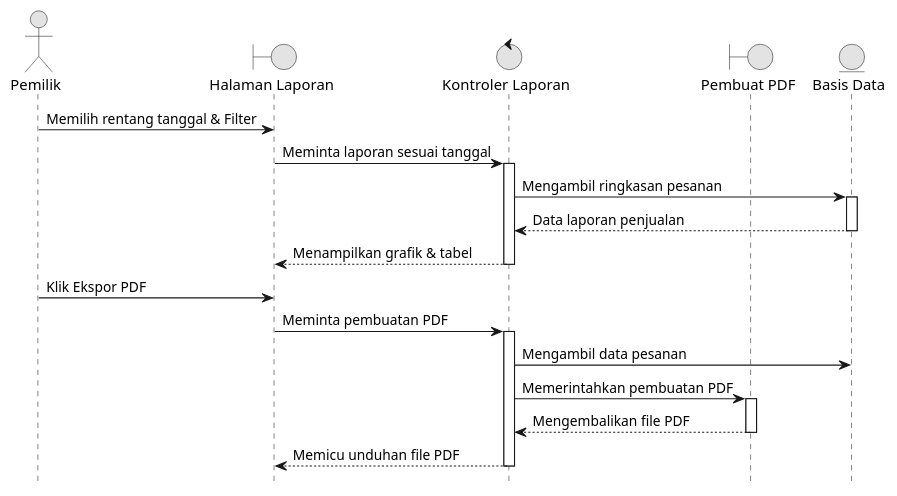
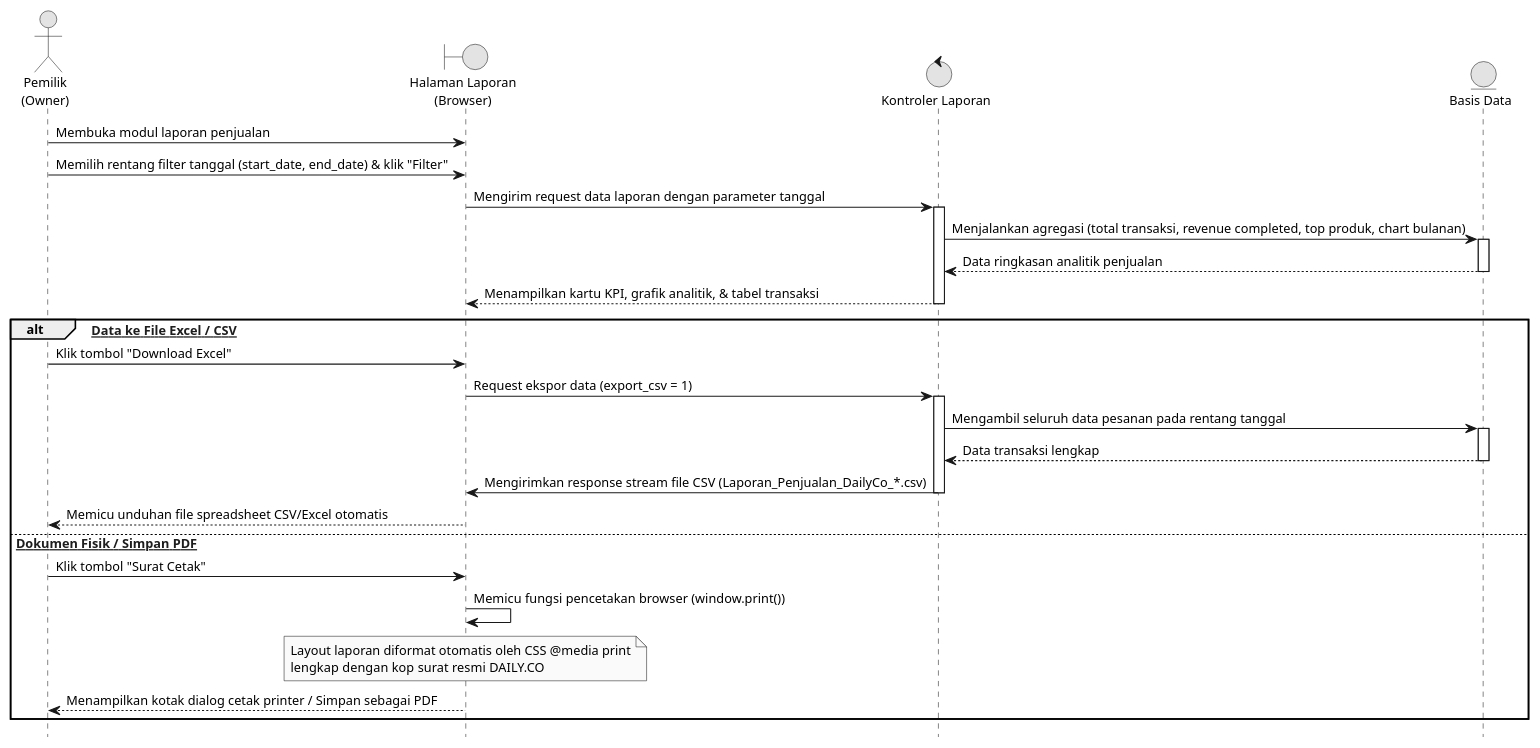
One commit to Reyonl/project_TA changed diagram 11 of 11 in docs/diagrams/semua_diagram.puml. Above: the diagram before and after it, drawn with PlantUML. The commit also changed other lines of this file and 25 other files, not shown here.

Commit message:
docs: regenerate thesis diagrams, add class/LRS diagrams and viewers

```diff
--- a/docs/diagrams/semua_diagram.puml
+++ b/docs/diagrams/semua_diagram.puml
@@ -395,32 +482,42 @@
 @startuml 11_Laporan
 hide footbox
+skinparam backgroundColor white
 skinparam monochrome true
 skinparam shadowing false
+skinparam DefaultFontName Arial
+skinparam DefaultFontSize 12
 
-actor "Pemilik" as Owner
-boundary "Halaman Laporan" as View
+actor "Pemilik\n(Owner)" as Owner
+boundary "Halaman Laporan\n(Browser)" as View
 control "Kontroler Laporan" as Controller
-boundary "Pembuat PDF" as PDF
 entity "Basis Data" as DB
 
-Owner -> View : Memilih rentang tanggal & Filter
-View -> Controller : Meminta laporan sesuai tanggal
+Owner -> View : Membuka modul laporan penjualan
+Owner -> View : Memilih rentang filter tanggal (start_date, end_date) & klik "Filter"
+View -> Controller : Mengirim request data laporan dengan parameter tanggal
 activate Controller
-Controller -> DB : Mengambil ringkasan pesanan
+Controller -> DB : Menjalankan agregasi (total transaksi, revenue completed, top produk, chart bulanan)
 activate DB
-DB --> Controller : Data laporan penjualan
+DB --> Controller : Data ringkasan analitik penjualan
 deactivate DB
-Controller --> View : Menampilkan grafik & tabel
+Controller --> View : Menampilkan kartu KPI, grafik analitik, & tabel transaksi
 deactivate Controller
 
-Owner -> View : Klik Ekspor PDF
-View -> Controller : Meminta pembuatan PDF
-activate Controller
-Controller -> DB : Mengambil data pesanan
-Controller -> PDF : Memerintahkan pembuatan PDF
-activate PDF
-PDF --> Controller : Mengembalikan file PDF
-deactivate PDF
-Controller --> View : Memicu unduhan file PDF
-deactivate Controller
+alt [Ekspor Data ke File Excel / CSV]
+    Owner -> View : Klik tombol "Download Excel"
+    View -> Controller : Request ekspor data (export_csv = 1)
+    activate Controller
+    Controller -> DB : Mengambil seluruh data pesanan pada rentang tanggal
+    activate DB
+    DB --> Controller : Data transaksi lengkap
+    deactivate DB
+    Controller -> View : Mengirimkan response stream file CSV (Laporan_Penjualan_DailyCo_*.csv)
+    deactivate Controller
+    View --> Owner : Memicu unduhan file spreadsheet CSV/Excel otomatis
+else [Cetak Dokumen Fisik / Simpan PDF]
+    Owner -> View : Klik tombol "Surat Cetak"
+    View -> View : Memicu fungsi pencetakan browser (window.print())
+    note over View : Layout laporan diformat otomatis oleh CSS @media print\nlengkap dengan kop surat resmi DAILY.CO
+    View --> Owner : Menampilkan kotak dialog cetak printer / Simpan sebagai PDF
+end
 @enduml
```
